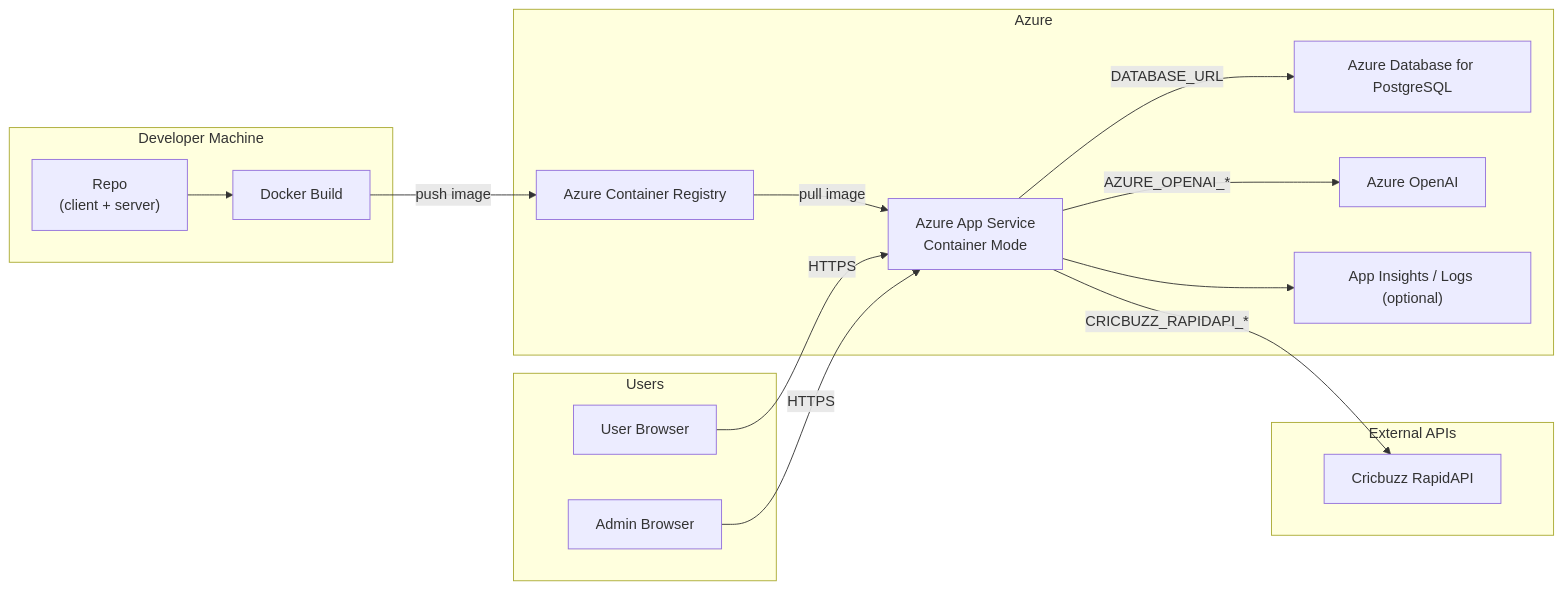
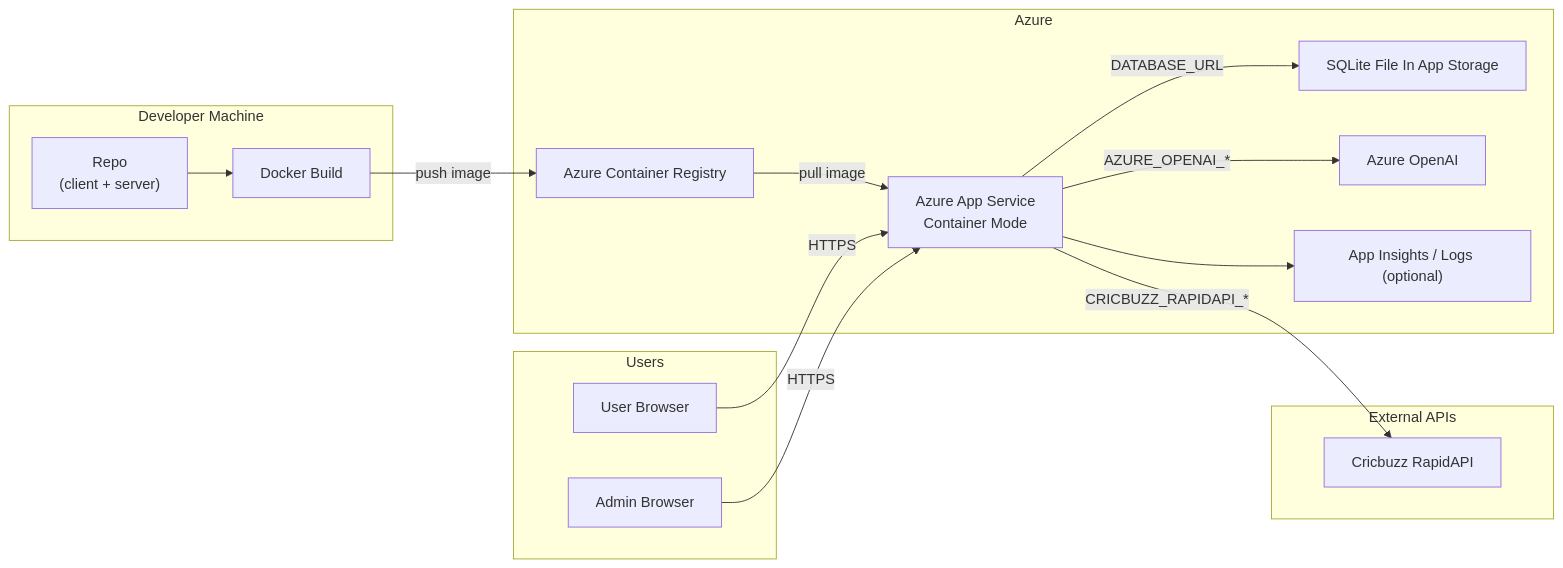
Before and after one commit to ankmohap/IFL_sqllite_public: the diagram in deploy/azure/README.md, drawn with Mermaid. The commit also changed other lines of this file and 17 other files, not shown here.

````diff
--- a/deploy/azure/README.md
+++ b/deploy/azure/README.md
@@ -10,34 +10,34 @@
 ```mermaid
 flowchart LR
   subgraph Dev["Developer Machine"]
     SRC["Repo\n(client + server)"]
     DOCKER["Docker Build"]
   end
 
   subgraph Azure
     ACR["Azure Container Registry"]
     APP["Azure App Service\nContainer Mode"]
-    PG["Azure Database for PostgreSQL"]
+    DB["SQLite File In App Storage"]
     AOAI["Azure OpenAI"]
     INS["App Insights / Logs (optional)"]
   end
 
   subgraph External["External APIs"]
     CB["Cricbuzz RapidAPI"]
   end
 
   subgraph Users
     B1["User Browser"]
     B2["Admin Browser"]
   end
 
   SRC --> DOCKER -->|push image| ACR
   ACR -->|pull image| APP
-  APP -->|DATABASE_URL| PG
+  APP -->|DATABASE_URL| DB
   APP -->|AZURE_OPENAI_*| AOAI
   APP -->|CRICBUZZ_RAPIDAPI_*| CB
   APP --> INS
 
   B1 -->|HTTPS| APP
   B2 -->|HTTPS| APP
 ```
````
